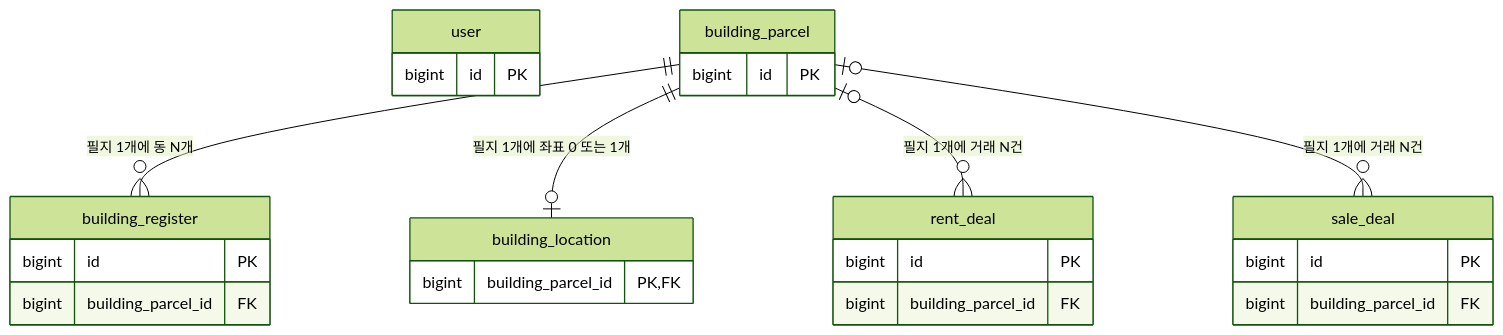
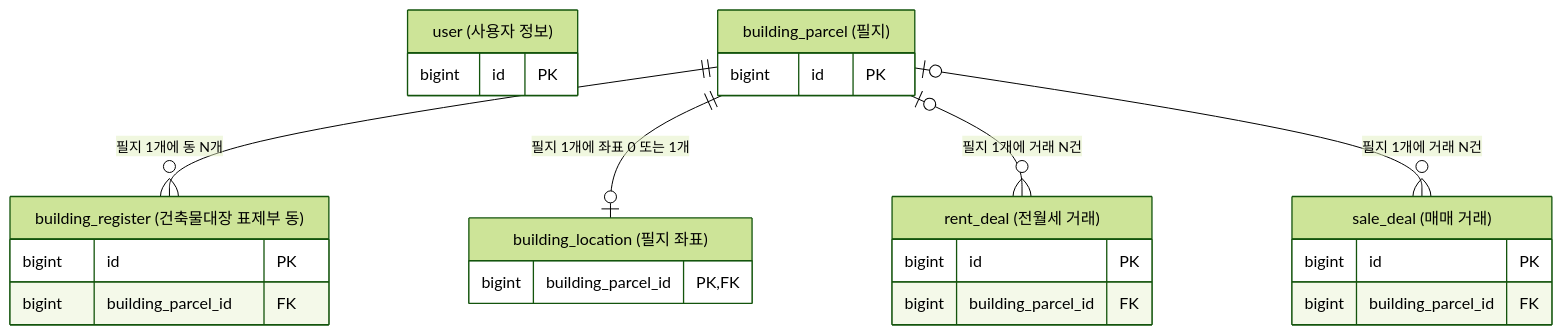
One commit to f-lab-edu/jipsee changed the first of 8 diagrams in docs/erd.md. Above: the diagram before and after it, drawn with Mermaid (forest theme).

Commit message:
docs: ERD 개요에 테이블 설명 별칭 추가

````diff
--- a/docs/erd.md
+++ b/docs/erd.md
@@ -5,28 +5,28 @@
 ```mermaid
 erDiagram
-    user {
+    user["user (사용자 정보)"] {
         bigint id PK
     }
     building_parcel ||--o{ building_register : "필지 1개에 동 N개"
-    building_parcel {
+    building_parcel["building_parcel (필지)"] {
         bigint id PK
     }
-    building_register {
+    building_register["building_register (건축물대장 표제부 동)"] {
         bigint id PK
         bigint building_parcel_id FK
     }
     building_parcel ||--o| building_location : "필지 1개에 좌표 0 또는 1개"
-    building_location {
+    building_location["building_location (필지 좌표)"] {
         bigint building_parcel_id PK, FK
     }
     building_parcel |o--o{ rent_deal : "필지 1개에 거래 N건"
-    rent_deal {
+    rent_deal["rent_deal (전월세 거래)"] {
         bigint id PK
         bigint building_parcel_id FK
     }
     building_parcel |o--o{ sale_deal : "필지 1개에 거래 N건"
-    sale_deal {
+    sale_deal["sale_deal (매매 거래)"] {
         bigint id PK
         bigint building_parcel_id FK
     }
 ```
````
